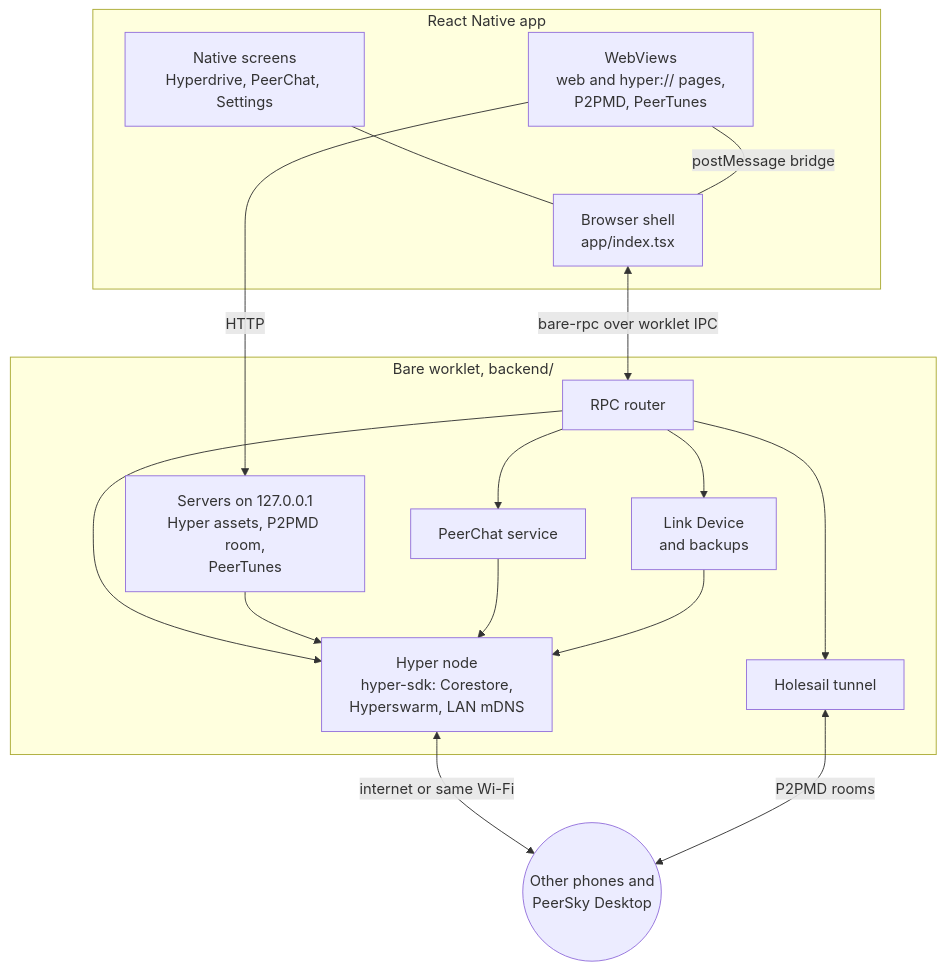
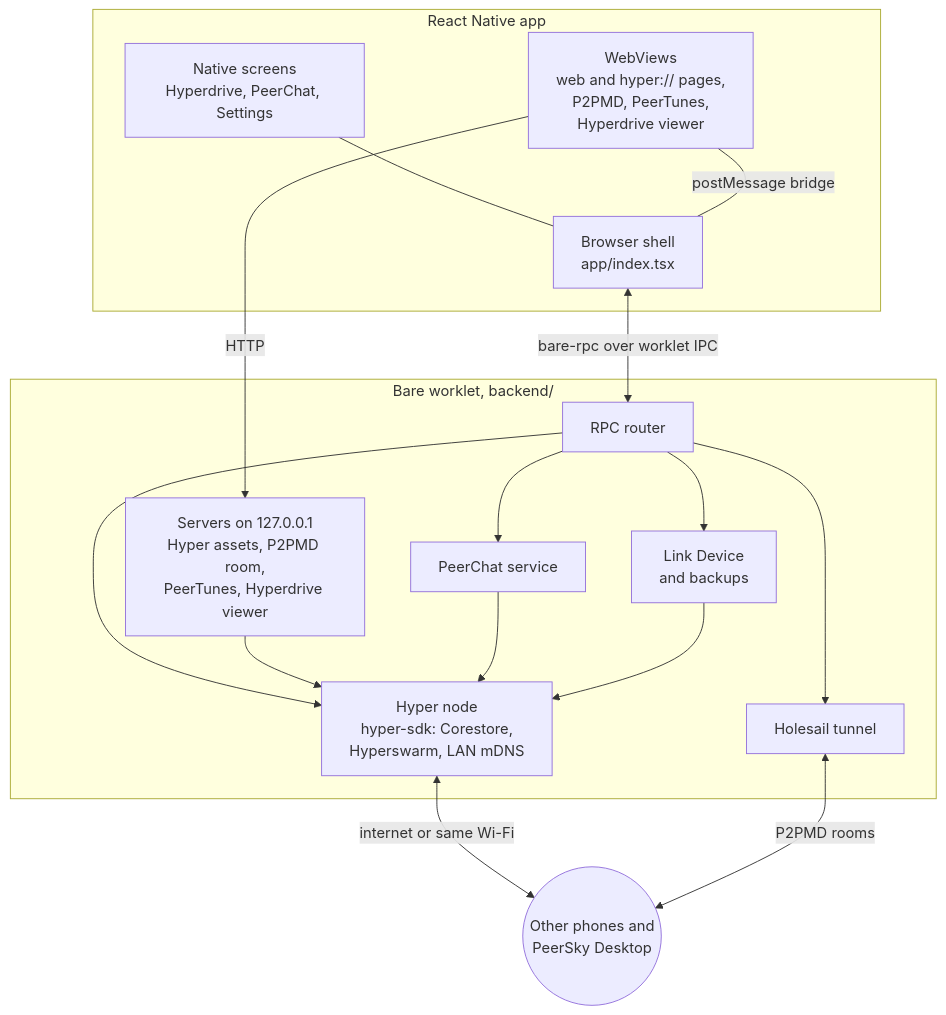
Before and after one commit to p2plabsxyz/peersky-mobile: the diagram in docs/README.md, drawn with Mermaid. The commit also changed other lines of this file and 65 other files, not shown here.

Commit message:
feat: a hyper:// folder opens in the Hyperdrive viewer's Files, Photos or Videos view, served from a local server that answers only PeerSky's own page with a secret made for each run

````diff
--- a/docs/README.md
+++ b/docs/README.md
@@ -196,30 +197,30 @@
 ```mermaid
 flowchart TB
   subgraph app["React Native app"]
     shell["Browser shell<br/>app/index.tsx"]
     native["Native screens<br/>Hyperdrive, PeerChat, Settings"]
-    webviews["WebViews<br/>web and hyper:// pages,<br/>P2PMD, PeerTunes"]
+    webviews["WebViews<br/>web and hyper:// pages,<br/>P2PMD, PeerTunes,<br/>Hyperdrive viewer"]
   end
 
   subgraph worklet["Bare worklet, backend/"]
     router["RPC router"]
     hyper["Hyper node<br/>hyper-sdk: Corestore,<br/>Hyperswarm, LAN mDNS"]
-    loopback["Servers on 127.0.0.1<br/>Hyper assets, P2PMD room,<br/>PeerTunes"]
+    loopback["Servers on 127.0.0.1<br/>Hyper assets, P2PMD room,<br/>PeerTunes, Hyperdrive viewer"]
     chat["PeerChat service"]
     holesail["Holesail tunnel"]
     link["Link Device<br/>and backups"]
   end
 
   peers(("Other phones and<br/>PeerSky Desktop"))
 
   native --- shell
   webviews ---|"postMessage bridge"| shell
   shell <-->|"bare-rpc over worklet IPC"| router
   router --> hyper & chat & holesail & link
   webviews -->|"HTTP"| loopback
   loopback --> hyper
   chat --> hyper
   link --> hyper
   hyper <-->|"internet or same Wi-Fi"| peers
   holesail <-->|"P2PMD rooms"| peers
 ```
````
